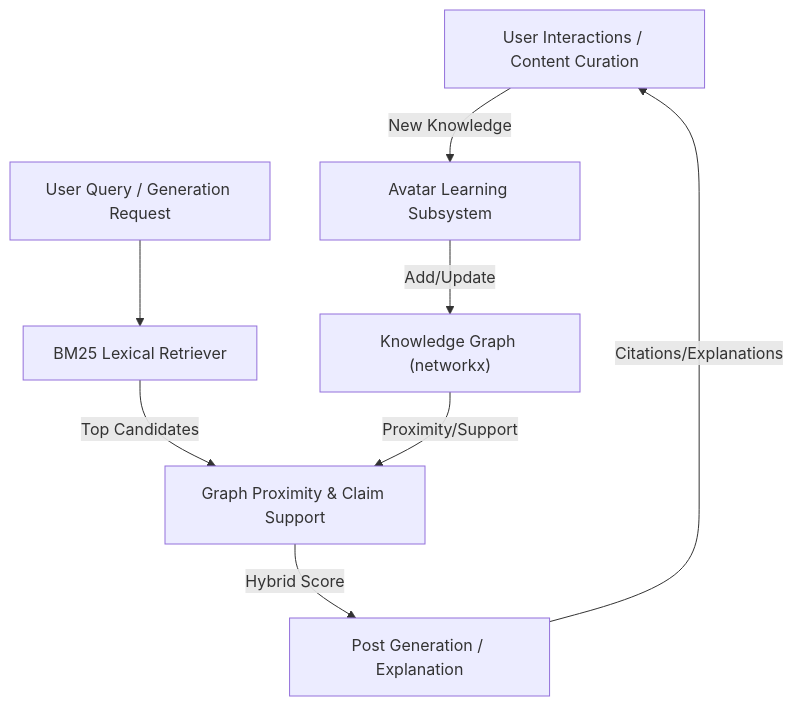
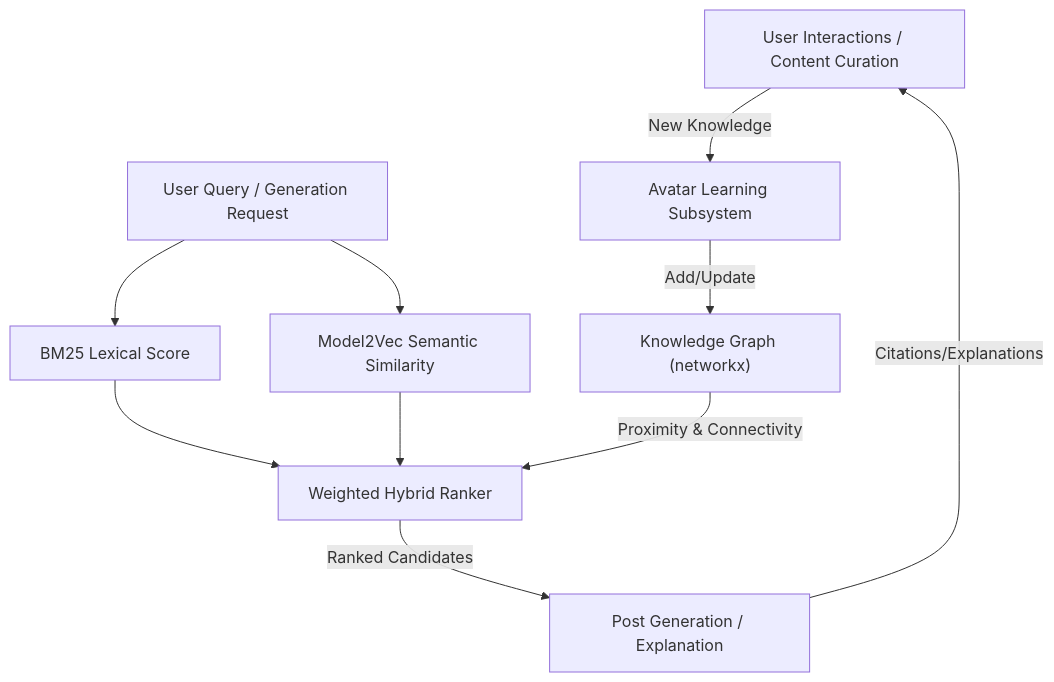
Before and after one commit to samjd-zz/linkedin_ssi_booster: the diagram in README.md, drawn with Mermaid. The commit also changed other lines of this file, not shown here.

````diff
--- a/README.md
+++ b/README.md
@@ -311,10 +311,12 @@
 ```mermaid
 flowchart TD
     UserInput["User Interactions / Content Curation"] -->|"New Knowledge"| Learning["Avatar Learning Subsystem"]
     Learning -->|"Add/Update"| KnowledgeGraph["Knowledge Graph (networkx)"]
-    UserQuery["User Query / Generation Request"] --> BM25["BM25 Lexical Retriever"]
-    BM25 -->|"Top Candidates"| GraphRerank["Graph Proximity & Claim Support"]
-    KnowledgeGraph -->|"Proximity/Support"| GraphRerank
-    GraphRerank -->|"Hybrid Score"| Generation["Post Generation / Explanation"]
+    UserQuery["User Query / Generation Request"] --> BM25["BM25 Lexical Score"]
+    UserQuery --> Semantic["Model2Vec Semantic Similarity"]
+    BM25 --> Hybrid["Weighted Hybrid Ranker"]
+    Semantic --> Hybrid
+    KnowledgeGraph -->|"Proximity & Connectivity"| Hybrid
+    Hybrid -->|"Ranked Candidates"| Generation["Post Generation / Explanation"]
     Generation -->|"Citations/Explanations"| UserInput
 ```
````
